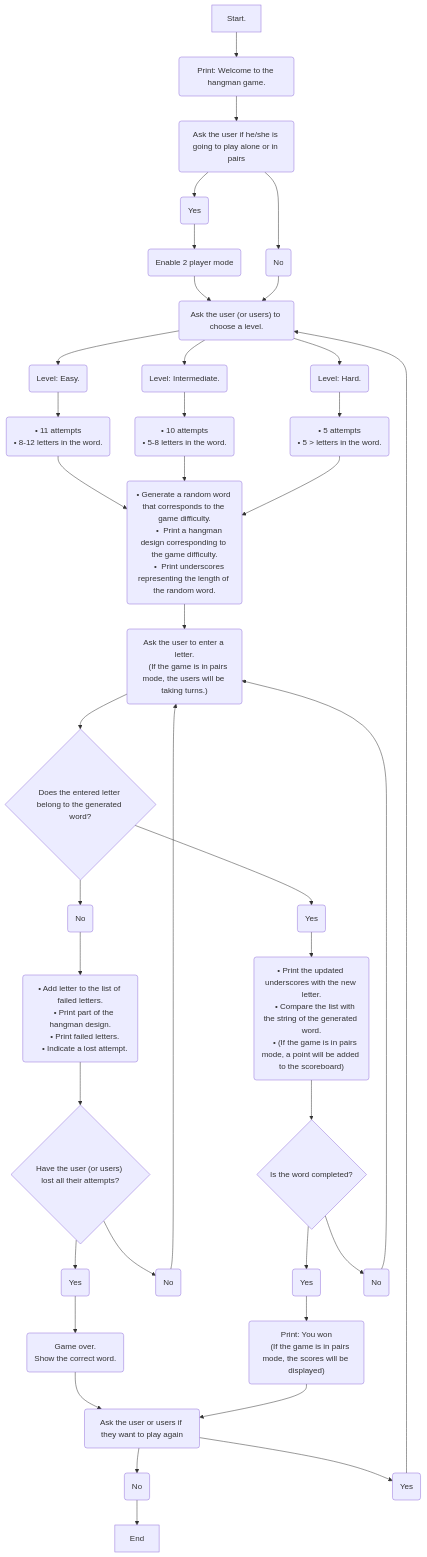
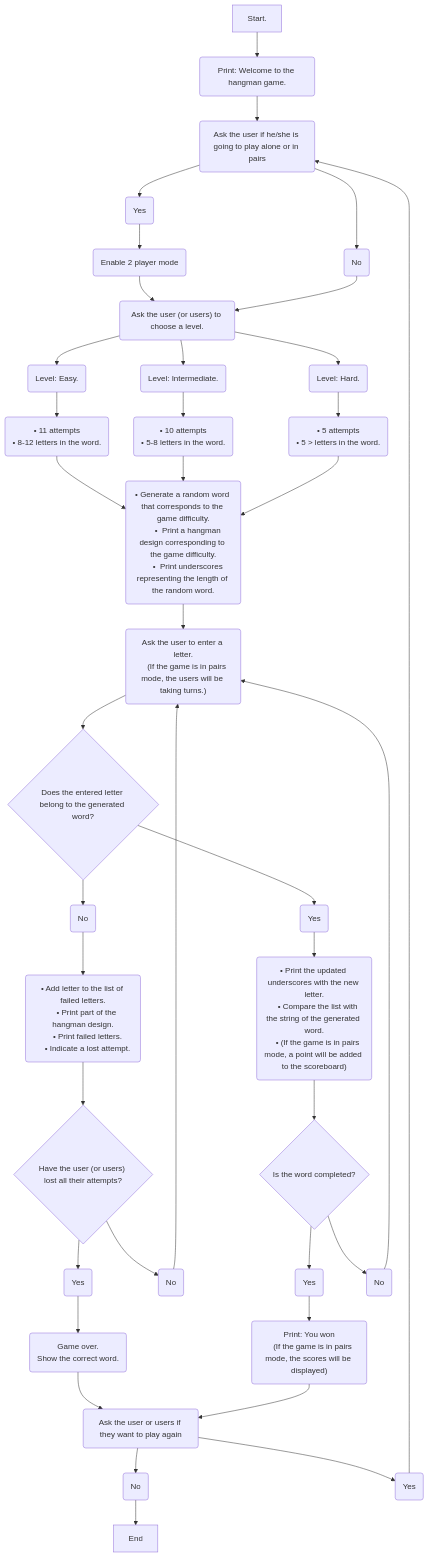
The diagram in README.md (JanaRubiano/Hangman_Game), drawn with Mermaid before and after one commit.

````diff
--- a/README.md
+++ b/README.md
@@ -40,51 +40,51 @@
 ```mermaid
 flowchart TD
     A[Start.] -->B(Print: Welcome to the hangman game.) 
     -->y(Ask the user if he/she is going to play alone or in pairs)
     y -->e(Yes) --> ex(Enable 2 player mode) --> E
     y --> r(No)
     
     --> E("Ask the user (or users) to choose a level.
     ")
     E --> F(Level: Easy.) --> I(" • 11 attempts
     • 8-12 letters in the word.
     ") -->L
     E --> G(Level: Intermediate.) --> J(" •  10 attempts
     • 5-8 letters in the word.
     ") -->L
     E --> H(Level: Hard.) --> K(" •  5 attempts
     •  5 > letters in the word.
     ") 
     --> L(" • Generate a random word that corresponds to the game difficulty.
      •  Print a hangman design corresponding to the game difficulty.
      •  Print underscores representing the length of the random word.
     ") 
     --> W("Ask the user to enter a letter.
     (If the game is in pairs mode, the users will be taking turns.)
     ")
     --> R{Does the entered letter belong to the generated word?}
     R -->n(No) --> q("• Add letter to the list of failed letters.
     • Print part of the hangman design.
     • Print failed letters.
     • Indicate a lost attempt.
     ") -->u{"Have the user (or users) lost all their attempts?
     "}
     u -->o(Yes) -->S("Game over. 
     Show the correct word. 
     ") --> P
     u--> t(No) --> W
     
     R -->Y(Yes) --> T("
     • Print the updated underscores with the new letter.
     • Compare the list with the string of the generated word.
     • (If the game is in pairs mode, a point will be added to the scoreboard)
     ") -->U{Is the word completed?} 
     U -->O(Yes) --> k("Print: You won
     (If the game is in pairs mode, the scores will be displayed)
     ")
     --> P(Ask the user or users if they want to play again)
     P --> b(No) --> w[End]
-    P--> a(Yes) -->E
+    P--> a(Yes) -->y
     U --> i(No) -->W
    
 ```
````
